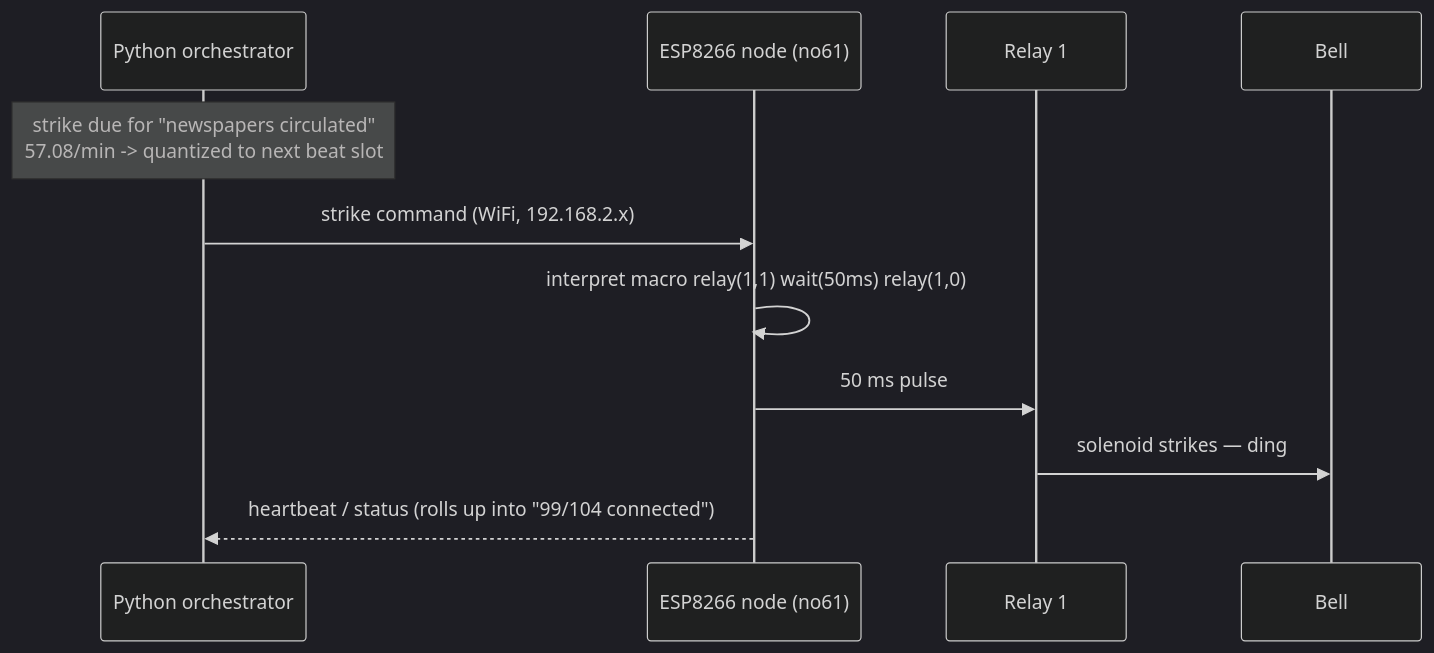
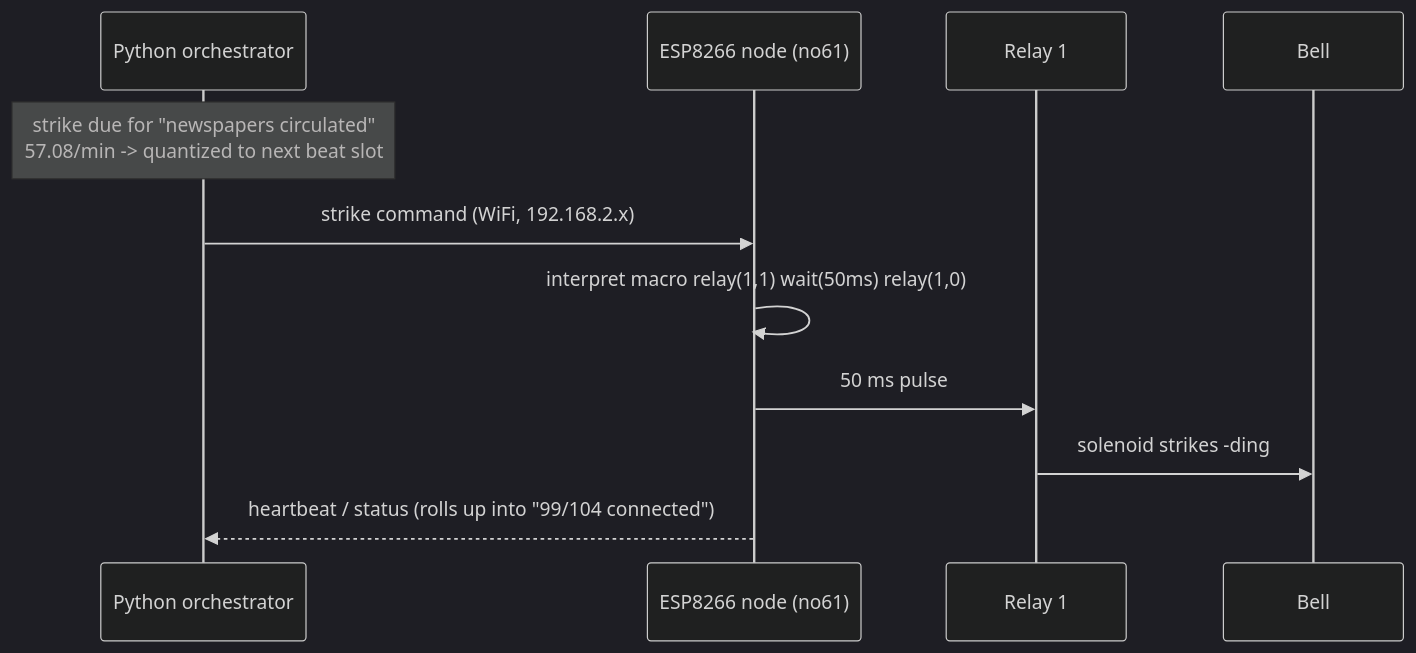
The second of 2 diagrams in _posts/2026-07-17-tail-f-dev-world-databells.md (dapiced/dapiced.github.io), drawn with Mermaid (dark theme) before and after one commit. The commit also changed other lines of this file and 15 other files, not shown here.

````diff
--- a/_posts/2026-07-17-tail-f-dev-world-databells.md
+++ b/_posts/2026-07-17-tail-f-dev-world-databells.md
@@ -183,13 +183,13 @@
 ```mermaid
 sequenceDiagram
     participant O as Python orchestrator
     participant N as ESP8266 node (no61)
     participant R as Relay 1
     participant C as Bell
     Note over O: strike due for "newspapers circulated"<br/>57.08/min -> quantized to next beat slot
     O->>N: strike command (WiFi, 192.168.2.x)
     N->>N: interpret macro relay(1,1) wait(50ms) relay(1,0)
     N->>R: 50 ms pulse
-    R->>C: solenoid strikes — ding
+    R->>C: solenoid strikes -ding
     N-->>O: heartbeat / status (rolls up into "99/104 connected")
 ```
````
